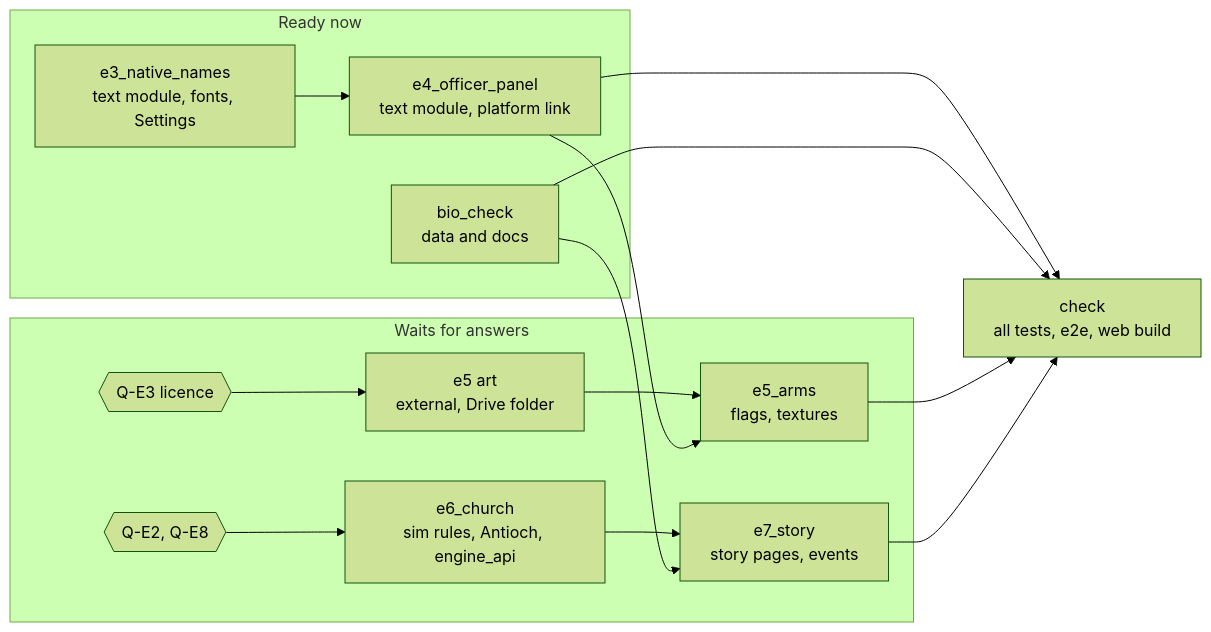
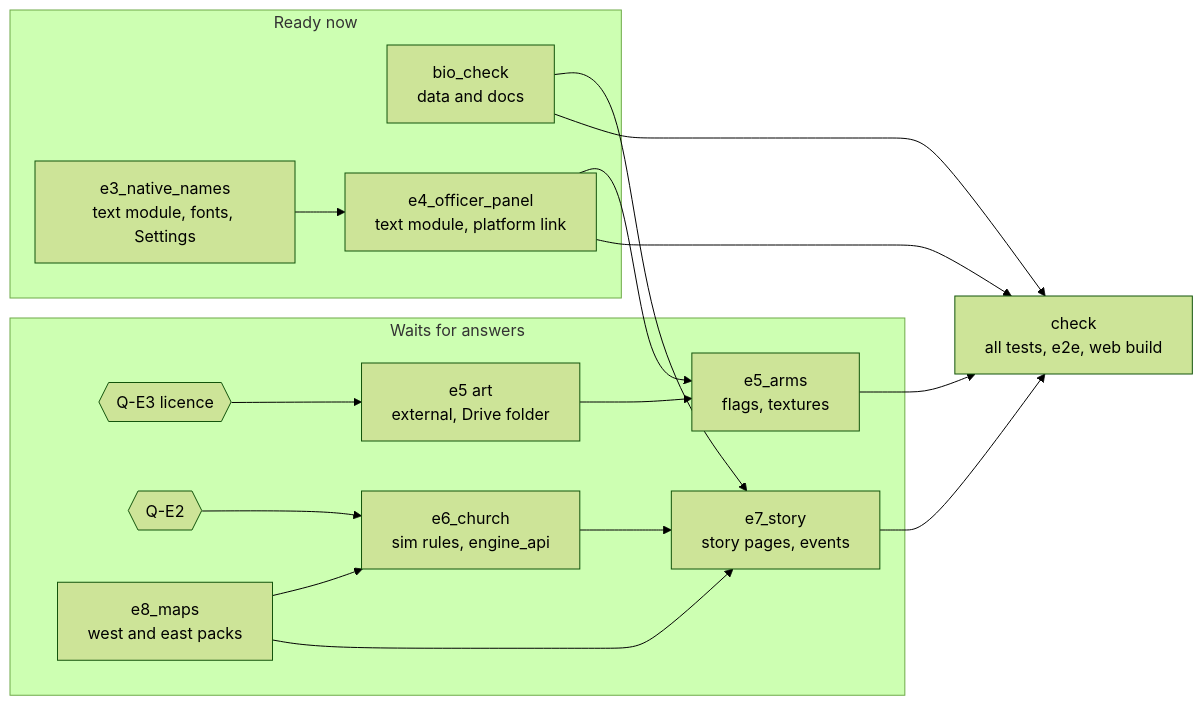
The diagram in docs/EUROPE.md (yksi7417/sanguodream), drawn with Mermaid (forest theme) before and after one commit. The commit also changed other lines of this file and 1 other file, not shown here.

First line of the commit message:
docs: The game of 1200 gets a west map and an east map

````diff
--- a/docs/EUROPE.md
+++ b/docs/EUROPE.md
@@ -558,21 +641,23 @@
 ```mermaid
 flowchart LR
     subgraph now["Ready now"]
         bio[bio_check<br/>data and docs]
         e3[e3_native_names<br/>text module, fonts, Settings]
         e4[e4_officer_panel<br/>text module, platform link]
         e3 --> e4
     end
     subgraph wait["Waits for answers"]
         q3{{Q-E3 licence}} --> art[e5 art<br/>external, Drive folder] --> e5[e5_arms<br/>flags, textures]
-        q1{{Q-E2, Q-E8}} --> e6[e6_church<br/>sim rules, Antioch, engine_api]
+        q1{{Q-E2}} --> e6[e6_church<br/>sim rules, engine_api]
+        e8[e8_maps<br/>west and east packs] --> e6
         e7[e7_story<br/>story pages, events]
+        e8 --> e7
     end
     e4 --> e5
     e6 --> e7
     bio --> e7
     e4 --> check[check<br/>all tests, e2e, web build]
     bio --> check
     e5 --> check
     e7 --> check
 ```
````
